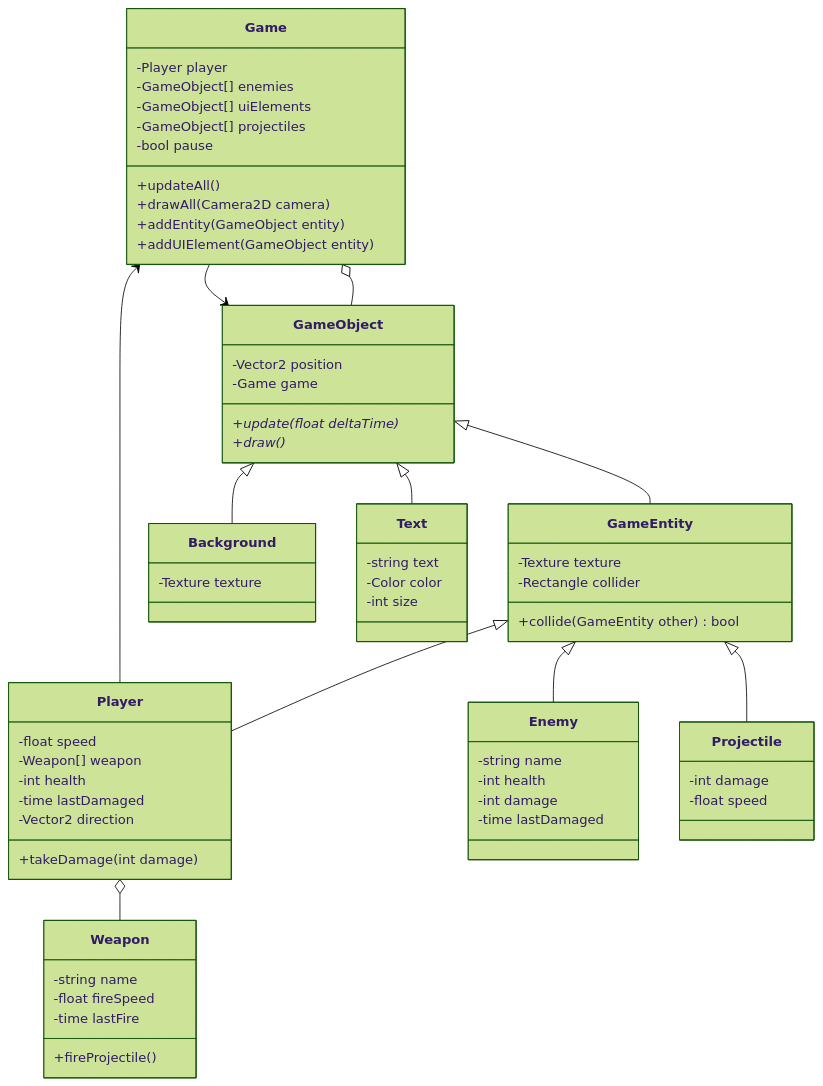
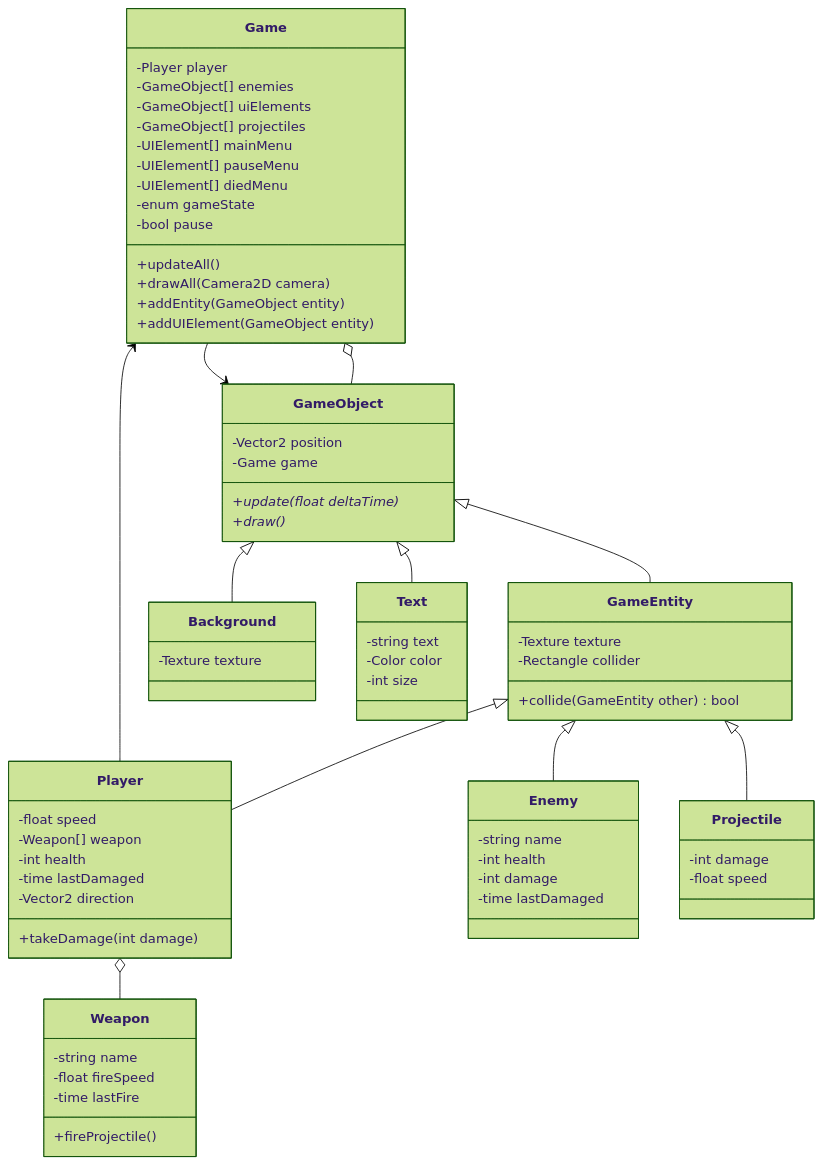
The diagram in README.md (xxori/knight-survivor), drawn with Mermaid (forest theme) before and after one commit.

Commit message:
docs(class-diagram): add menu

````diff
--- a/README.md
+++ b/README.md
@@ -26,67 +26,71 @@
 ```mermaid
 classDiagram
     class Game {
         -Player player
         -GameObject[] enemies
         -GameObject[] uiElements
         -GameObject[] projectiles
+        -UIElement[] mainMenu
+        -UIElement[] pauseMenu
+        -UIElement[] diedMenu
+        -enum gameState
         -bool pause
         +updateAll()
         +drawAll(Camera2D camera)
         +addEntity(GameObject entity)
         +addUIElement(GameObject entity)
     }
     Game o-- GameObject
     GameObject <-- Game
     class GameObject {
         -Vector2 position
         -Game game
         +update(float deltaTime)*
         +draw()*
     }
     class GameEntity {
         -Texture texture
         -Rectangle collider
         +collide(GameEntity other) bool
     }
     GameObject <|-- GameEntity
     class Player {
         -float speed
         -Weapon[] weapon
         -int health
         -time lastDamaged
         -Vector2 direction
         +takeDamage(int damage)
     }
     GameEntity <|-- Player
     Game <-- Player
     class Enemy {
         -string name
         -int health
         -int damage
         -time lastDamaged
     }
     GameEntity <|-- Enemy
     class Weapon {
         -string name
         -float fireSpeed
         -time lastFire
         +fireProjectile()
     }
     Player o-- Weapon
     class Projectile {
         -int damage
         -float speed
     }
     GameEntity <|-- Projectile
     class Background {
         -Texture texture
     }
     GameObject <|-- Background
     class Text {
         -string text
         -Color color
         -int size
     }
     GameObject <|-- Text
 ```
````
